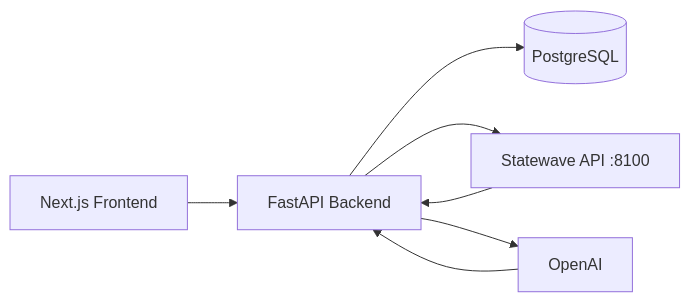
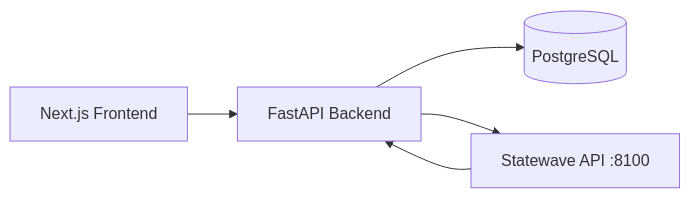
Before and after one commit to LIDR-academy/AI4Devs-finalproject: the first of 2 diagrams in README-EN.md, drawn with Mermaid. The commit also changed other lines of this file and 2 other files, not shown here.

Commit message:
feat: update README and architecture documentation to reflect Statewave LLM integration and remove OpenAI references

````diff
--- a/README-EN.md
+++ b/README-EN.md
@@ -346,15 +341,12 @@
 ```mermaid
 flowchart LR
 
 A[Next.js Frontend]
 --> B[FastAPI Backend]
 
 B --> C[(PostgreSQL)]
 
 B --> D[Statewave API :8100]
 
-B --> E[OpenAI]
-
 D --> B
-E --> B
 ```
````
